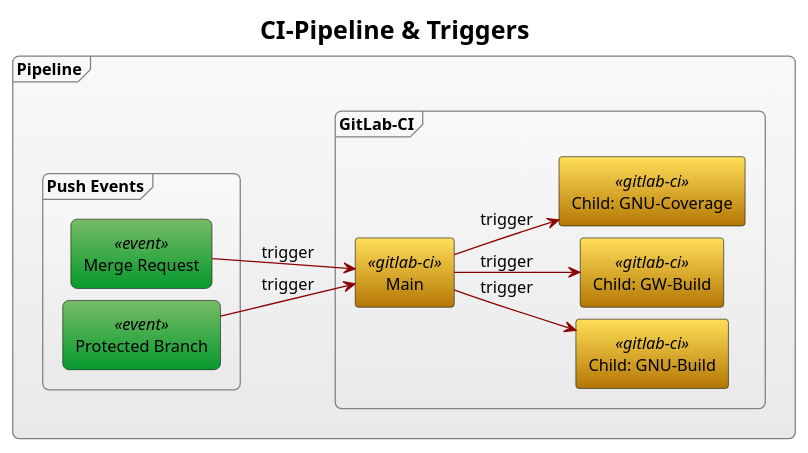
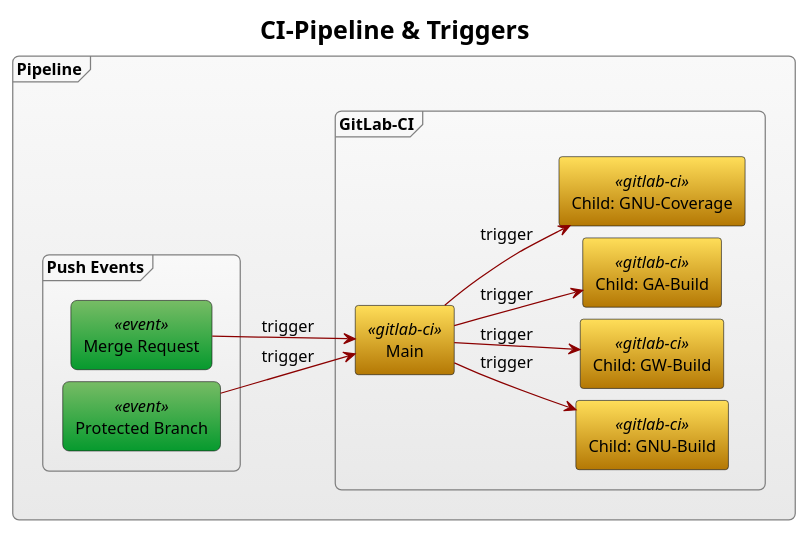
One commit to Scanframe/sf-gitlab-devops changed the diagram in README.md. Above: the diagram before and after it, drawn with PlantUML. The commit also changed other lines of this file and 48 other files, not shown here.

````diff
--- a/README.md
+++ b/README.md
@@ -284,70 +392,72 @@
 ```plantuml
 @startuml
 <style>
 	FontName Arial
 	FontSize 13
 	root
 	{
 		Padding 0
 		Margin 0
 		HorizontalAlignment Left
 	}
 	frame {
 		' define a new style, using CSS class syntax
 			FontColor Black
 			LineColor Gray
 			' Transparency is also possible
 			'BackgroundColor #52A0DC55
 			BackgroundColor #F9F9F9-#E9E9E9
 			'[From top left to bottom right <&fullscreen-enter>]
 			RoundCorner 10
 		}
 	}
 	rectangle
 	{
 		.event
 		{
 			'Green gradient
 			BackgroundColor #77BC65-#069A2E
 			RoundCorner 10
 		}
 		.gitlab-ci
 		{
 			BackgroundColor #FFDE59-#B47804
 		}
 	}
 	arrow
 	{
 		LineColor darkred
 	}
 }
 </style>
 
 skinparam TitleFontStyle Bold
 skinparam TitleFontSize 20
 skinparam RankSep 40
 skinparam NodeSep 10
 
 title "CI-Pipeline & Triggers"
 
 frame "Pipeline" as pipeline {
 	left to right direction
 	frame "Push Events" as events {
 		rectangle "Merge Request" <<event>> as merge_event
 		rectangle "Protected Branch" <<event>> as protected_event
 	}
 	frame "GitLab-CI" as gitlab_ci {
 		rectangle "Child: GNU-Build" <<gitlab-ci>> as gnu_cmake
 		rectangle "Child: GW-Build" <<gitlab-ci>> as gw_cmake
+		rectangle "Child: GA-Build" <<gitlab-ci>> as ga_cmake
 		rectangle "Child: GNU-Coverage" <<gitlab-ci>> as gnu_coverage
 		rectangle "Main" <<gitlab-ci>> as main
 	}
 	'Connectors
 	protected_event -> main : trigger
 	merge_event --> main : trigger
 	main --> gnu_cmake : trigger
 	main --> gw_cmake : trigger
+	main --> ga_cmake : trigger
 	main --> gnu_coverage : trigger
 }
 @enduml
 ```
````
